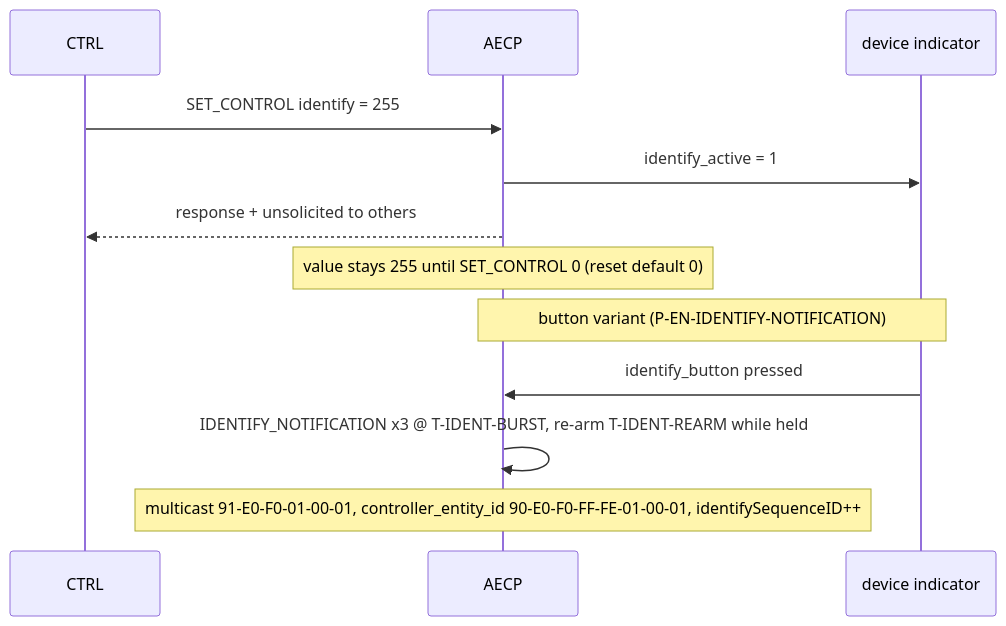
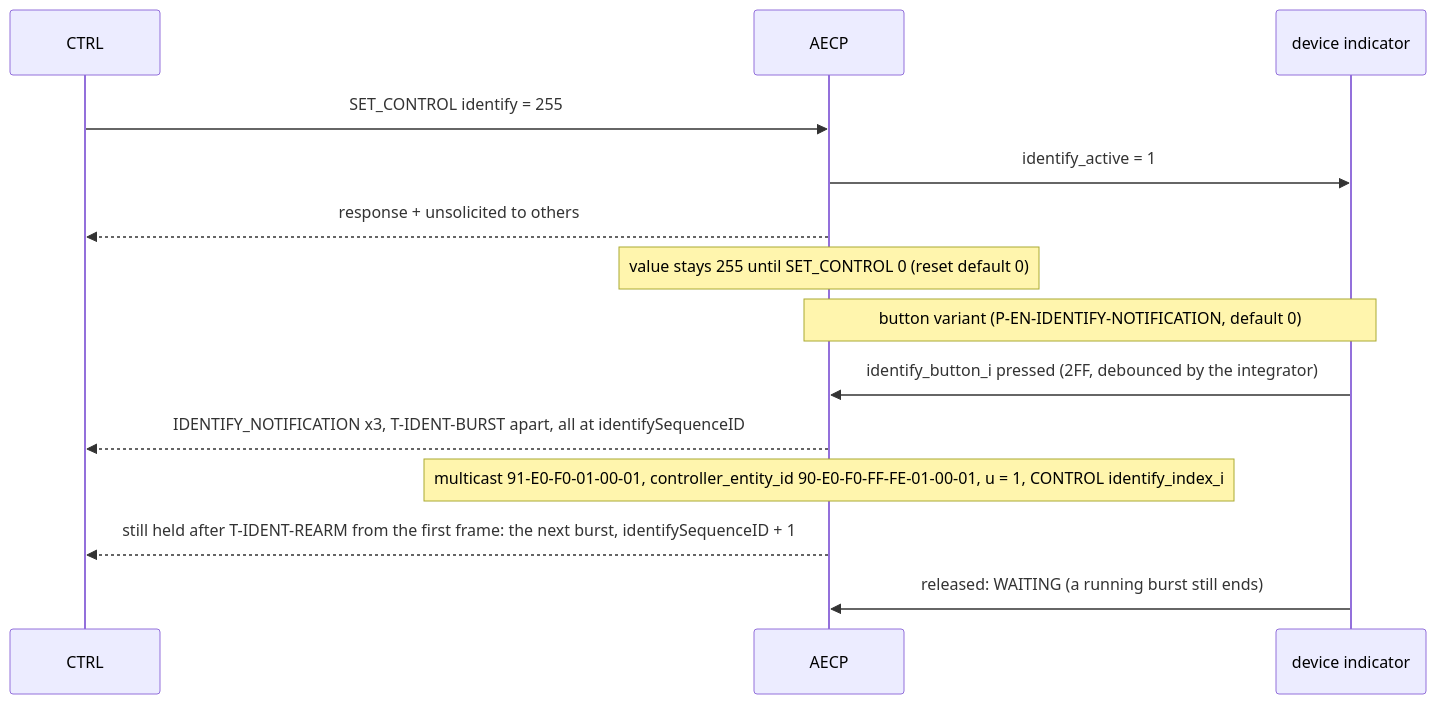
The eighth of 8 diagrams in docs/architecture/06_aecp_engine.md (Mister-M-alt/protocol-processor-control-plane-avb-milan), drawn with Mermaid before and after one commit. The commit also changed other lines of this file and 7 other files, not shown here.

````diff
--- a/docs/architecture/06_aecp_engine.md
+++ b/docs/architecture/06_aecp_engine.md
@@ -862,14 +896,16 @@
 ```mermaid
 sequenceDiagram
     participant CTRL
     participant AECP
     participant DEV as device indicator
     CTRL->>AECP: SET_CONTROL identify = 255
     AECP->>DEV: identify_active = 1
     AECP-->>CTRL: response + unsolicited to others
     Note over AECP: value stays 255 until SET_CONTROL 0 (reset default 0)
-    Note over AECP,DEV: button variant (P-EN-IDENTIFY-NOTIFICATION)
-    DEV->>AECP: identify_button pressed
-    AECP->>AECP: IDENTIFY_NOTIFICATION x3 @ T-IDENT-BURST, re-arm T-IDENT-REARM while held
-    Note over AECP: multicast 91-E0-F0-01-00-01, controller_entity_id 90-E0-F0-FF-FE-01-00-01, identifySequenceID++
+    Note over AECP,DEV: button variant (P-EN-IDENTIFY-NOTIFICATION, default 0)
+    DEV->>AECP: identify_button_i pressed (2FF, debounced by the integrator)
+    AECP-->>CTRL: IDENTIFY_NOTIFICATION x3, T-IDENT-BURST apart, all at identifySequenceID
+    Note over AECP: multicast 91-E0-F0-01-00-01, controller_entity_id 90-E0-F0-FF-FE-01-00-01, u = 1, CONTROL identify_index_i
+    AECP-->>CTRL: still held after T-IDENT-REARM from the first frame: the next burst, identifySequenceID + 1
+    DEV->>AECP: released: WAITING (a running burst still ends)
 ```
````
